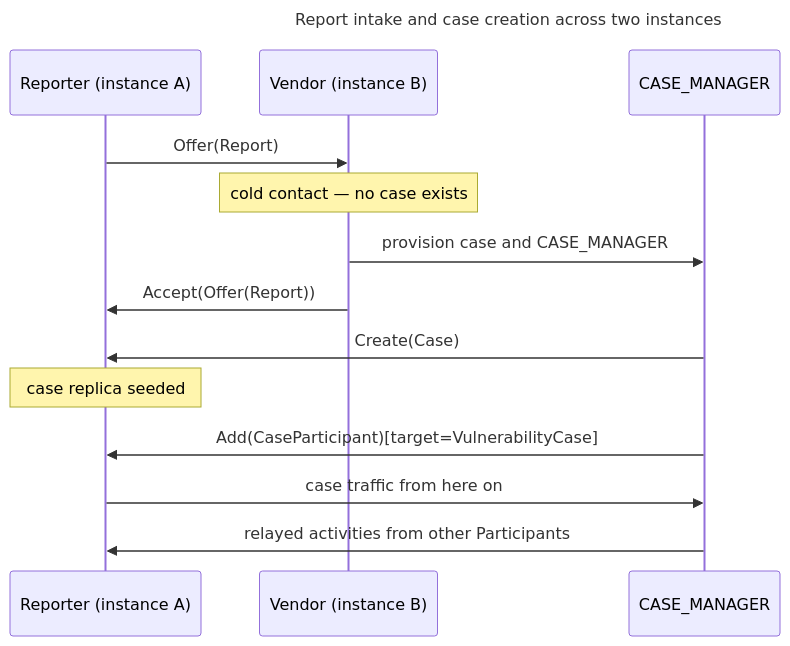
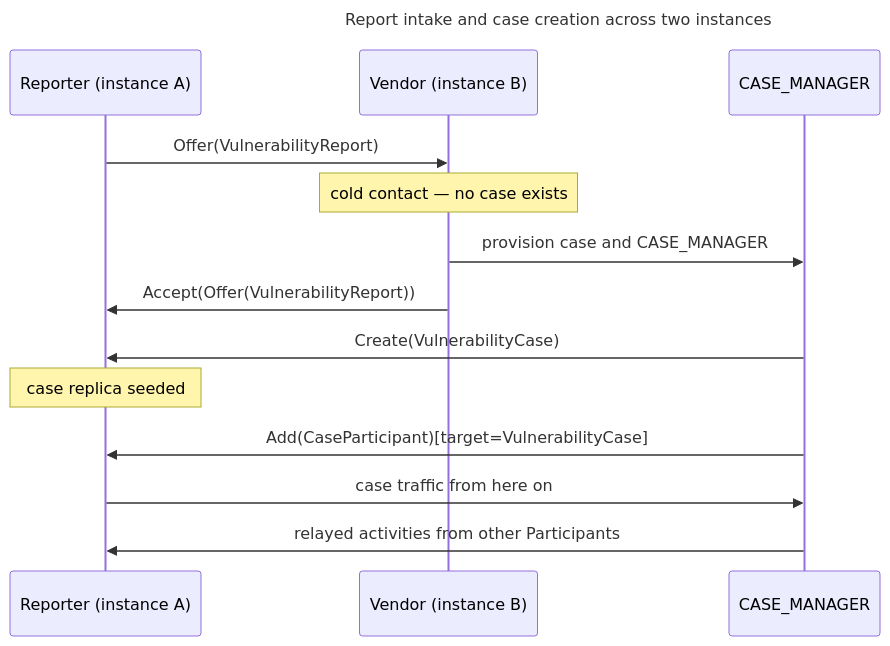
One commit to CERTCC/Vultron changed the second of 2 diagrams in docs/topics/future_work/federation.md. Above: the diagram before and after it, drawn with Mermaid. The commit also changed 140 other files, not shown here.

````diff
--- a/docs/topics/future_work/federation.md
+++ b/docs/topics/future_work/federation.md
@@ -142,18 +142,18 @@
 ```mermaid
 ---
 title: Report intake and case creation across two instances
 ---
 sequenceDiagram
     participant A as Reporter (instance A)
     participant B as Vendor (instance B)
     participant CM as CASE_MANAGER
-    A->>B: Offer(Report)
+    A->>B: Offer(VulnerabilityReport)
     Note over B: cold contact — no case exists
     B->>CM: provision case and CASE_MANAGER
-    B->>A: Accept(Offer(Report))
-    CM->>A: Create(Case)
+    B->>A: Accept(Offer(VulnerabilityReport))
+    CM->>A: Create(VulnerabilityCase)
     Note over A: case replica seeded
     CM->>A: Add(CaseParticipant)[target=VulnerabilityCase]
     A->>CM: case traffic from here on
     CM->>A: relayed activities from other Participants
 ```
````
